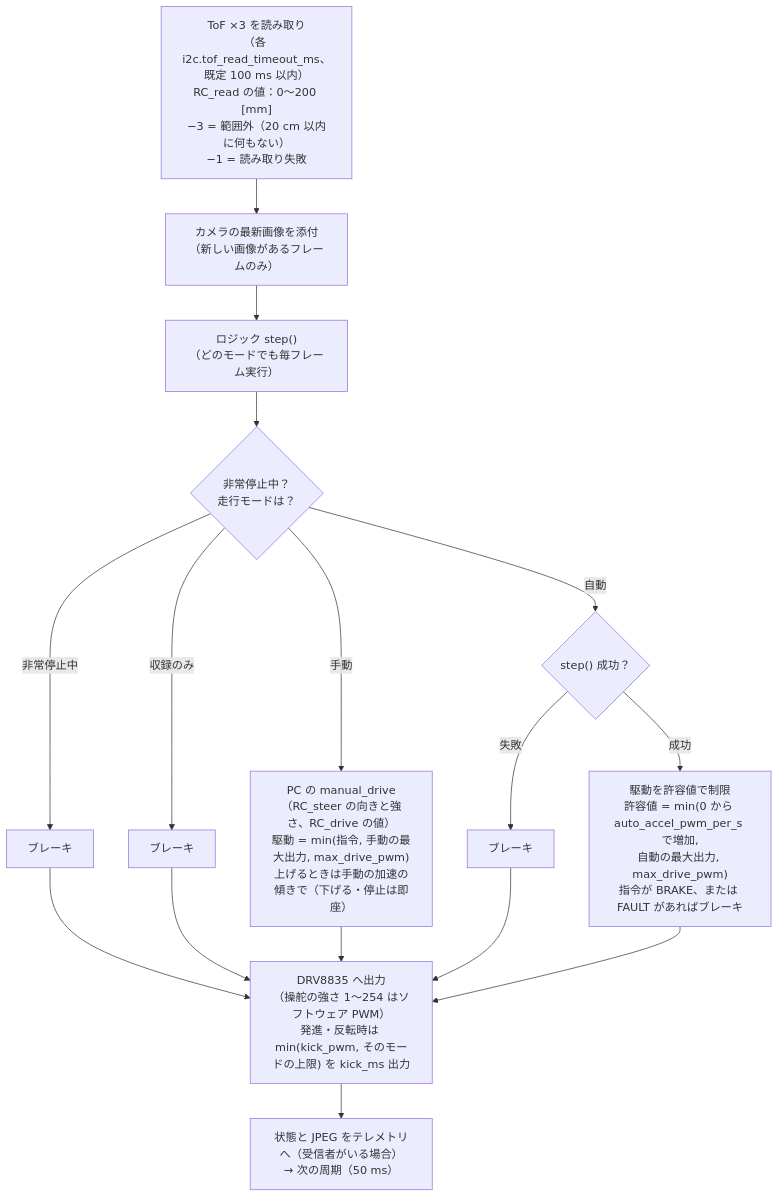
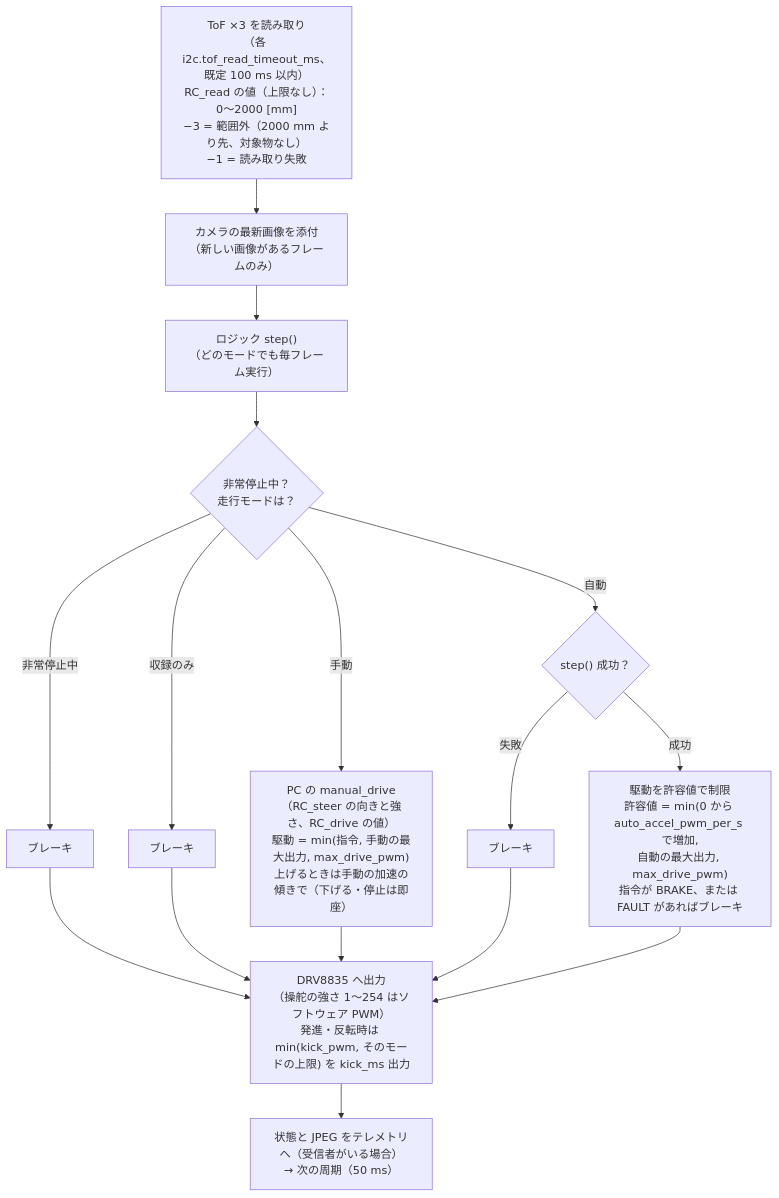
Before and after one commit to RumiCar-group/RumiCar-Zero2Cam: the diagram in docs/figures/ja/10-frame.mmd, drawn with Mermaid. The commit also changed 12 other files, not shown here.

First line of the commit message:
文書：README（日英）・図・解説動画・仕様書 第21版・設計の記録 第23版（ToF の上限は走行ロジックが決める、0.7.0）

```diff
--- a/docs/figures/ja/10-frame.mmd
+++ b/docs/figures/ja/10-frame.mmd
@@ -1,16 +1,16 @@
 flowchart TD
-    A["ToF ×3 を読み取り<br/>（各 i2c.tof_read_timeout_ms、既定 100 ms 以内）<br/>RC_read の値：0〜200 [mm]<br/>−3 = 範囲外（20 cm 以内に何もない）<br/>−1 = 読み取り失敗"] --> B["カメラの最新画像を添付<br/>（新しい画像があるフレームのみ）"]
+    A["ToF ×3 を読み取り<br/>（各 i2c.tof_read_timeout_ms、既定 100 ms 以内）<br/>RC_read の値（上限なし）：0〜2000 [mm]<br/>−3 = 範囲外（2000 mm より先、対象物なし）<br/>−1 = 読み取り失敗"] --> B["カメラの最新画像を添付<br/>（新しい画像があるフレームのみ）"]
     B --> C["ロジック step()<br/>（どのモードでも毎フレーム実行）"]
     C --> E{"非常停止中？<br/>走行モードは？"}
     E -->|"非常停止中"| B1["ブレーキ"]
     E -->|"収録のみ"| B2["ブレーキ"]
     E -->|"手動"| H["PC の manual_drive<br/>（RC_steer の向きと強さ、RC_drive の値）<br/>駆動 = min(指令, 手動の最大出力, max_drive_pwm)<br/>上げるときは手動の加速の傾きで（下げる・停止は即座）"]
     E -->|"自動"| F{"step() 成功？"}
     F -->|"失敗"| B3["ブレーキ"]
     F -->|"成功"| G["駆動を許容値で制限<br/>許容値 = min(0 から auto_accel_pwm_per_s で増加,<br/>自動の最大出力, max_drive_pwm)<br/>指令が BRAKE、または FAULT があればブレーキ"]
     B1 --> MO["DRV8835 へ出力<br/>（操舵の強さ 1〜254 はソフトウェア PWM）<br/>発進・反転時は min(kick_pwm, そのモードの上限) を kick_ms 出力"]
     B2 --> MO
     B3 --> MO
     H --> MO
     G --> MO
     MO --> T["状態と JPEG をテレメトリへ（受信者がいる場合）<br/>→ 次の周期（50 ms）"]
```
